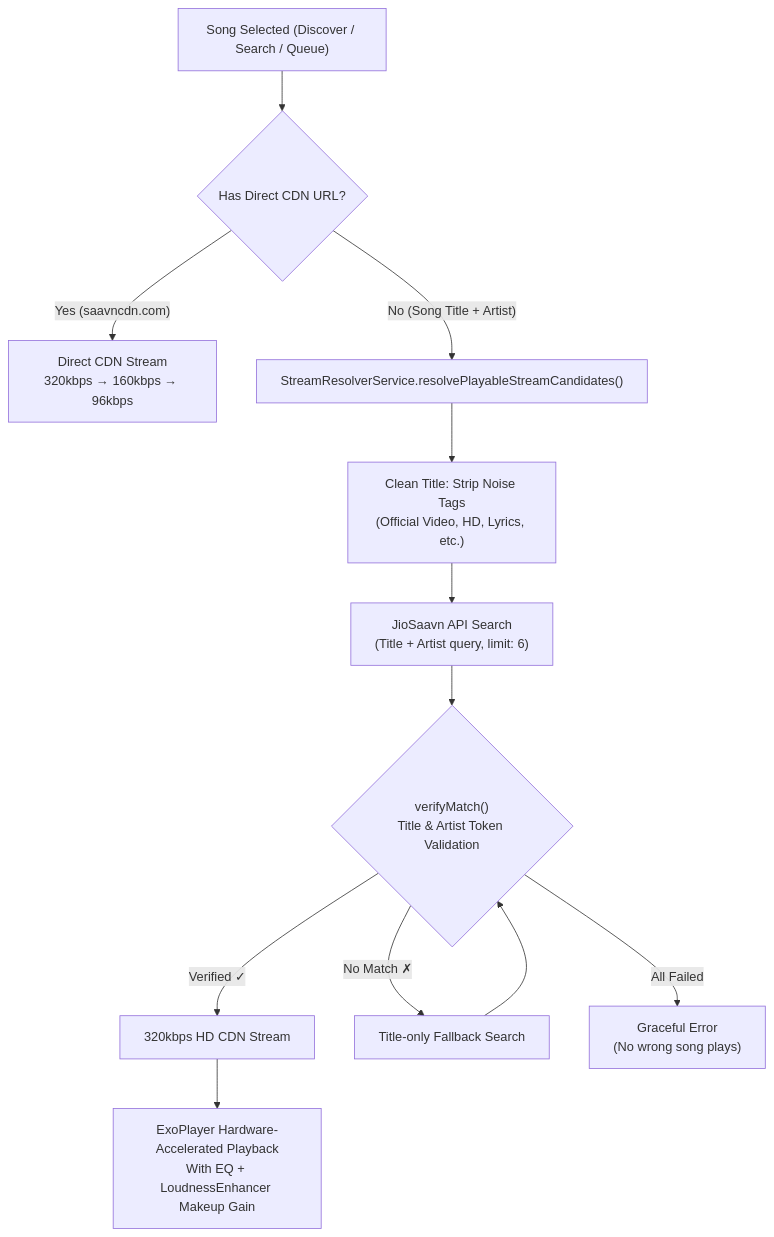
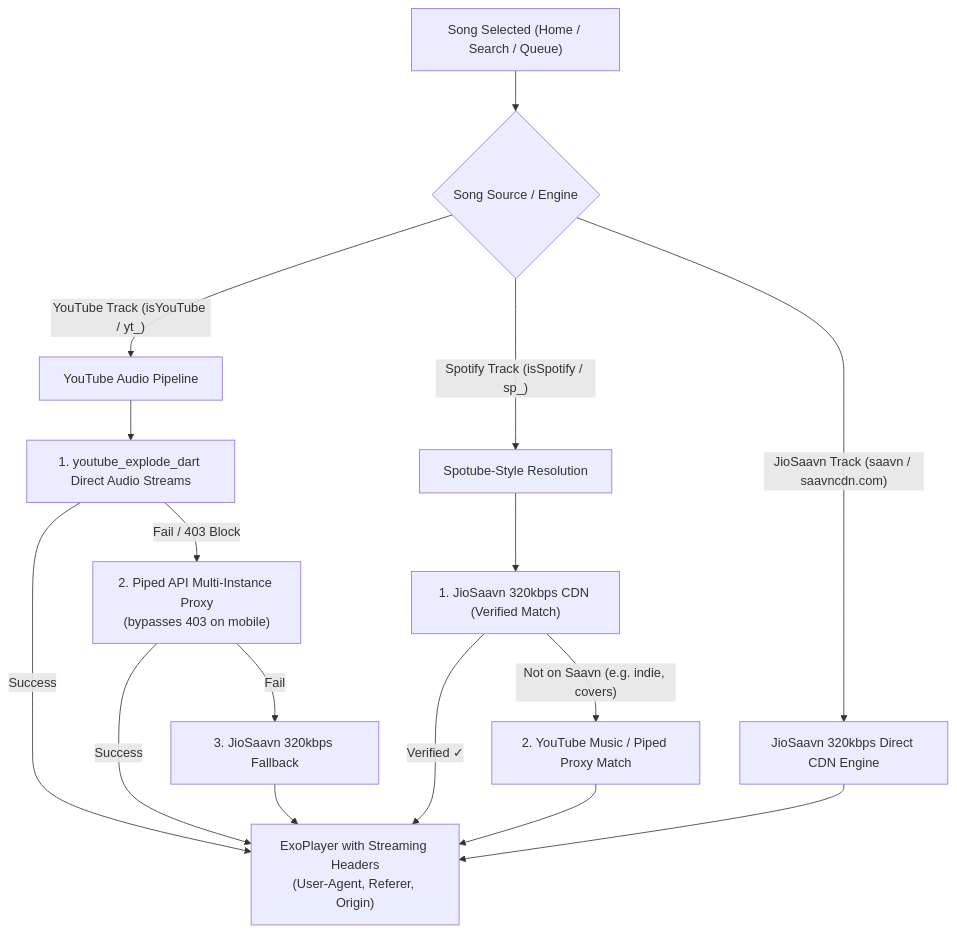
The first of 2 diagrams in README.md (taezeem14/Ember), drawn with Mermaid before and after one commit. The commit also changed other lines of this file and 6 other files, not shown here.

Commit message:
feat: implement resilient Tri-Engine architecture (Spotify Embed + YouTube Piped failover + JioSaavn 320kbps) with interactive Home tab filtering

````diff
--- a/README.md
+++ b/README.md
@@ -111,19 +111,21 @@
 ```mermaid
 flowchart TD
-    A["Song Selected (Discover / Search / Queue)"] --> B{"Has Direct CDN URL?"}
-    B -- "Yes (saavncdn.com)" --> C["Direct CDN Stream\n320kbps → 160kbps → 96kbps"]
-    B -- "No (Song Title + Artist)" --> D["StreamResolverService.resolvePlayableStreamCandidates()"]
+    A["Song Selected (Home / Search / Queue)"] --> B{"Song Source / Engine"}
     
-    D --> E["Clean Title: Strip Noise Tags\n(Official Video, HD, Lyrics, etc.)"]
+    B -- "YouTube Track (isYouTube / yt_)" --> YT["YouTube Audio Pipeline"]
+    YT --> YT1["1. youtube_explode_dart Direct Audio Streams"]
+    YT1 -- "Success" --> PLAY["ExoPlayer with Streaming Headers\n(User-Agent, Referer, Origin)"]
+    YT1 -- "Fail / 403 Block" --> YT2["2. Piped API Multi-Instance Proxy\n(bypasses 403 on mobile)"]
+    YT2 -- "Success" --> PLAY
+    YT2 -- "Fail" --> SAAVN_FALLBACK["3. JioSaavn 320kbps Fallback"]
+    SAAVN_FALLBACK --> PLAY
     
-    E --> F["JioSaavn API Search\n(Title + Artist query, limit: 6)"]
-    F --> G{"verifyMatch()\nTitle & Artist Token Validation"}
+    B -- "Spotify Track (isSpotify / sp_)" --> SP["Spotube-Style Resolution"]
+    SP --> SP1["1. JioSaavn 320kbps CDN (Verified Match)"]
+    SP1 -- "Verified ✓" --> PLAY
+    SP1 -- "Not on Saavn (e.g. indie, covers)" --> SP2["2. YouTube Music / Piped Proxy Match"]
+    SP2 --> PLAY
     
-    G -- "Verified ✓" --> H["320kbps HD CDN Stream"]
-    G -- "No Match ✗" --> I["Title-only Fallback Search"]
-    I --> G
-    
-    G -- "All Failed" --> J["Graceful Error\n(No wrong song plays)"]
-    
-    H --> K["ExoPlayer Hardware-Accelerated Playback\nWith EQ + LoudnessEnhancer Makeup Gain"]
+    B -- "JioSaavn Track (saavn / saavncdn.com)" --> SAAVN["JioSaavn 320kbps Direct CDN Engine"]
+    SAAVN --> PLAY
 ```
````
